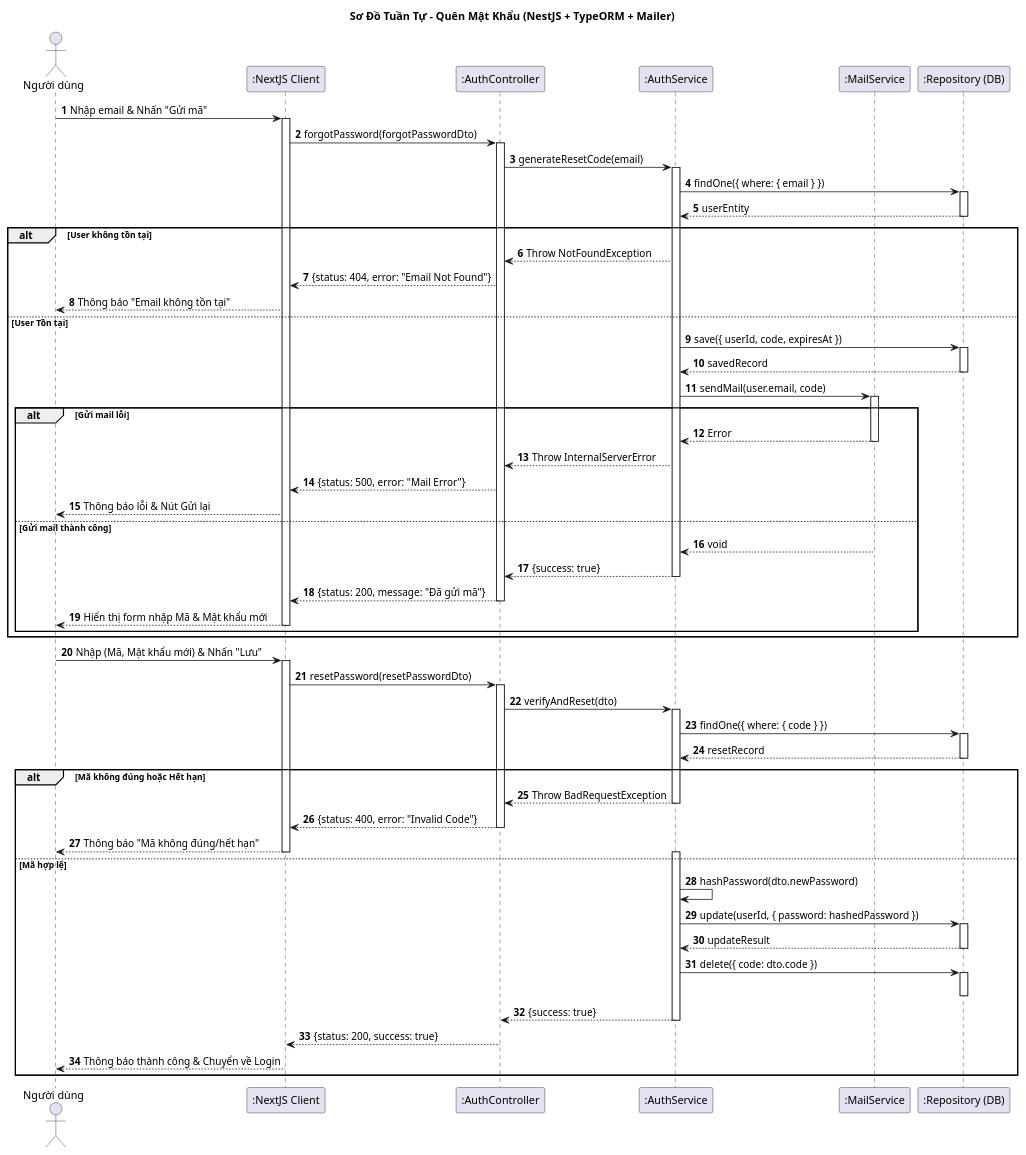
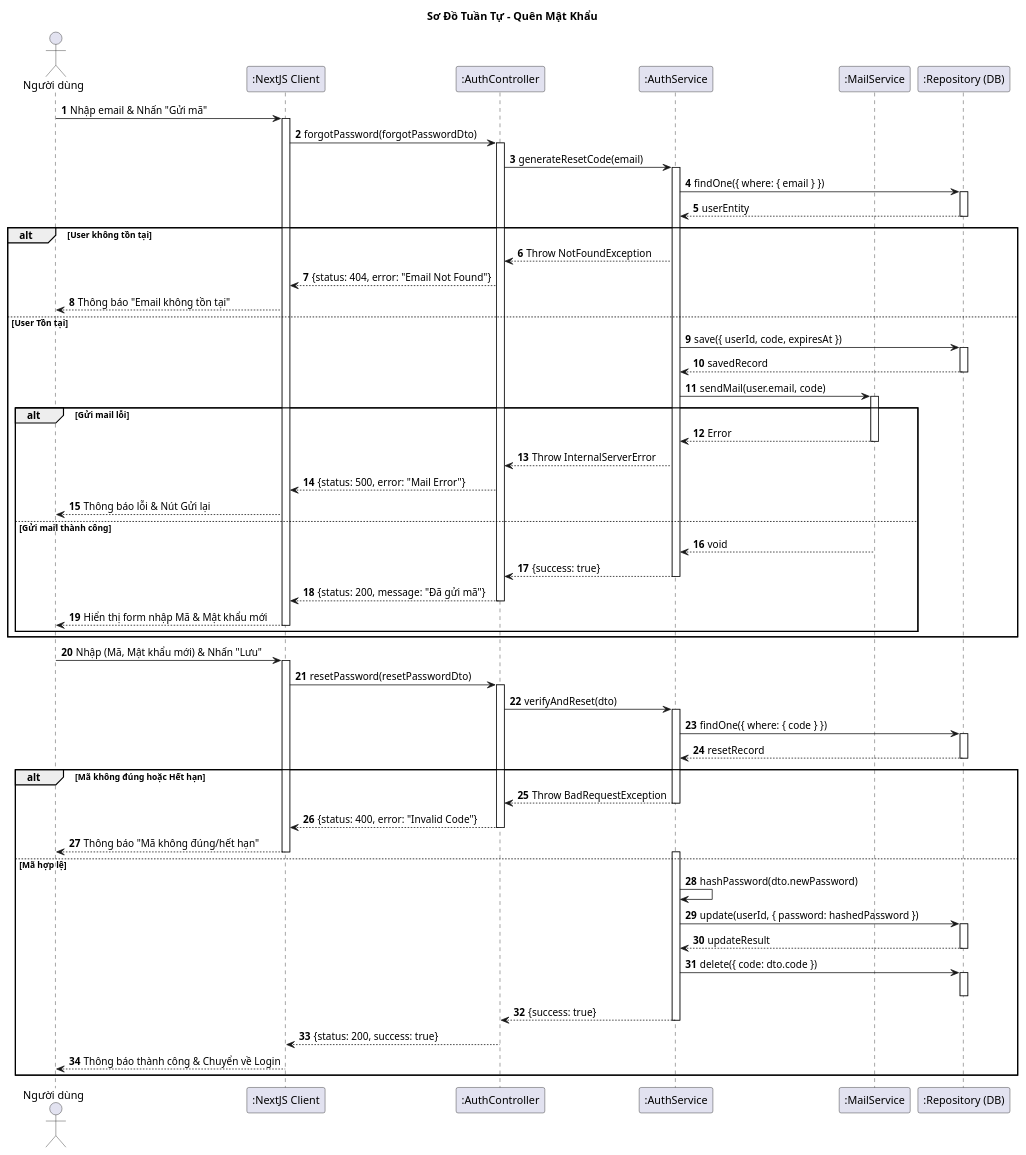
One commit to vinh047/soundwave changed the diagram in Diagrams/SequenceDiagram/ForgotPasswordSD.plantuml. Above: the diagram before and after it, drawn with PlantUML. The commit also changed 25 other files, not shown here.

Commit message:
Thêm phần toggle theo dõi vào đặc tả, sửa sequence, sửa class đồng bộ với sequence

```diff
--- a/Diagrams/SequenceDiagram/ForgotPasswordSD.plantuml
+++ b/Diagrams/SequenceDiagram/ForgotPasswordSD.plantuml
@@ -1,112 +1,112 @@
-@startuml Sequence Diagram - Quên Mật Khẩu NestJS Corrected
+@startuml Sequence Diagram - Quên Mật Khẩu 
 
-title Sơ Đồ Tuần Tự - Quên Mật Khẩu (NestJS + TypeORM + Mailer)
+title Sơ Đồ Tuần Tự - Quên Mật Khẩu 
 
 actor "Người dùng" as User
 participant ":NextJS Client" as UI
 participant ":AuthController" as Controller
 participant ":AuthService" as Service
 participant ":MailService" as Mailer
 participant ":Repository (DB)" as DB
 
 autonumber
 
 ' === GIAI ĐOẠN 1: YÊU CẦU MÃ ===
 User -> UI: Nhập email & Nhấn "Gửi mã"
 activate UI
 UI -> Controller: forgotPassword(forgotPasswordDto)
 activate Controller
 
 ' Validate DTO tự động tại Controller (ValidationPipe)
 Controller -> Service: generateResetCode(email)
 activate Service
 
 ' --- Bước 1.1: Kiểm tra User & Lưu mã ---
 Service -> DB: findOne({ where: { email } })
 activate DB
 DB --> Service: userEntity
 deactivate DB
 
 alt User không tồn tại
     ' Trường hợp này báo lỗi rõ ràng để User biết nhập lại
     Service --> Controller: Throw NotFoundException
     
     Controller --> UI: {status: 404, error: "Email Not Found"}
     
     UI --> User: Thông báo "Email không tồn tại"
     
 else User Tồn tại
     ' Lưu mã vào DB
     Service -> DB: save({ userId, code, expiresAt })
     activate DB
     DB --> Service: savedRecord
     deactivate DB
 
     ' --- Bước 1.2: Gửi Email ---
     Service -> Mailer: sendMail(user.email, code)
     activate Mailer
     
     alt Gửi mail lỗi
         Mailer --> Service: Error
         deactivate Mailer
         Service --> Controller: Throw InternalServerError
         Controller --> UI: {status: 500, error: "Mail Error"}
         UI --> User: Thông báo lỗi & Nút Gửi lại
     else Gửi mail thành công
         Mailer --> Service: void
         deactivate Mailer
         Service --> Controller: {success: true}
         deactivate Service
         Controller --> UI: {status: 200, message: "Đã gửi mã"}
         deactivate Controller
         UI --> User: Hiển thị form nhập Mã & Mật khẩu mới
         deactivate UI
     end
 end
 
 ' === GIAI ĐOẠN 2: ĐẶT LẠI MẬT KHẨU (Giữ nguyên như cũ) ===
 ' ... (Phần dưới của bạn đã đúng rồi) ...
 User -> UI: Nhập (Mã, Mật khẩu mới) & Nhấn "Lưu"
 activate UI
 
 UI -> Controller: resetPassword(resetPasswordDto)
 activate Controller
 Controller -> Service: verifyAndReset(dto)
 activate Service
 
 Service -> DB: findOne({ where: { code } })
 activate DB
 DB --> Service: resetRecord
 deactivate DB
 
 alt Mã không đúng hoặc Hết hạn
     Service --> Controller: Throw BadRequestException
     deactivate Service
     Controller --> UI: {status: 400, error: "Invalid Code"}
     deactivate Controller
     UI --> User: Thông báo "Mã không đúng/hết hạn"
     deactivate UI
 
 else Mã hợp lệ
     activate Service
     Service -> Service: hashPassword(dto.newPassword)
     
     Service -> DB: update(userId, { password: hashedPassword })
     activate DB
     DB --> Service: updateResult
     deactivate DB
     
     Service -> DB: delete({ code: dto.code })
     activate DB
     deactivate DB
     
     Service --> Controller: {success: true}
     deactivate Service
     
     Controller --> UI: {status: 200, success: true}
     deactivate Controller
     
     UI --> User: Thông báo thành công & Chuyển về Login
     deactivate UI
 end
 @enduml
```
